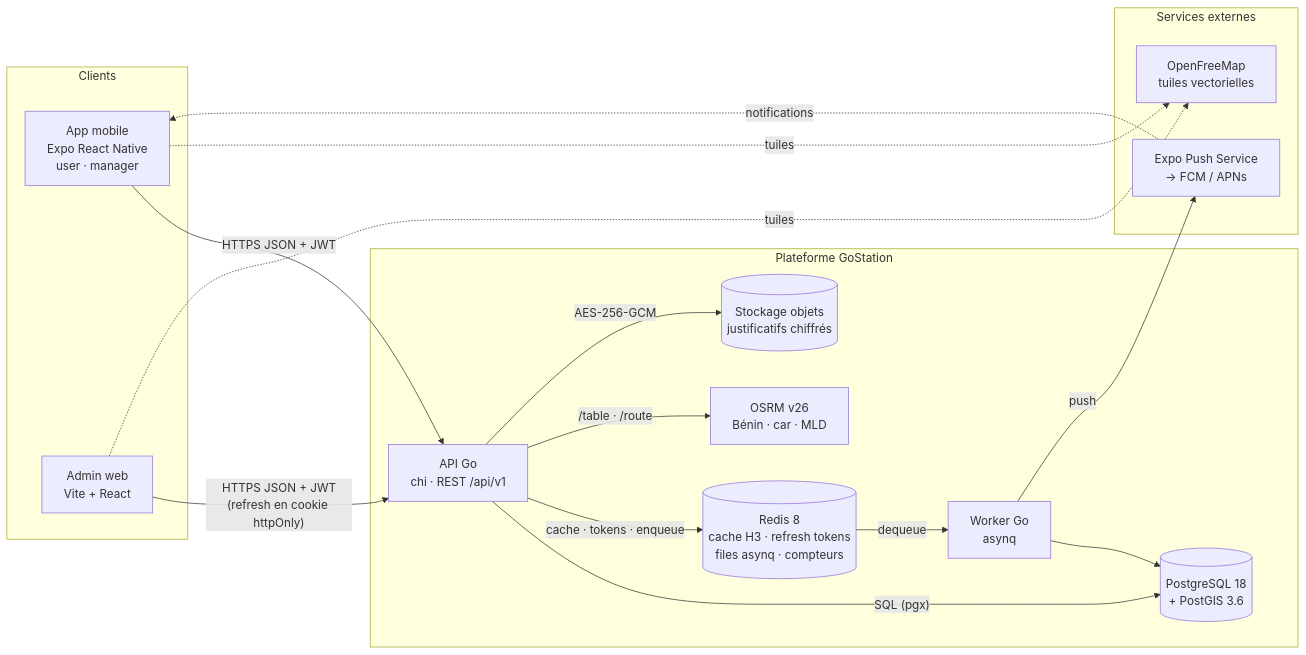
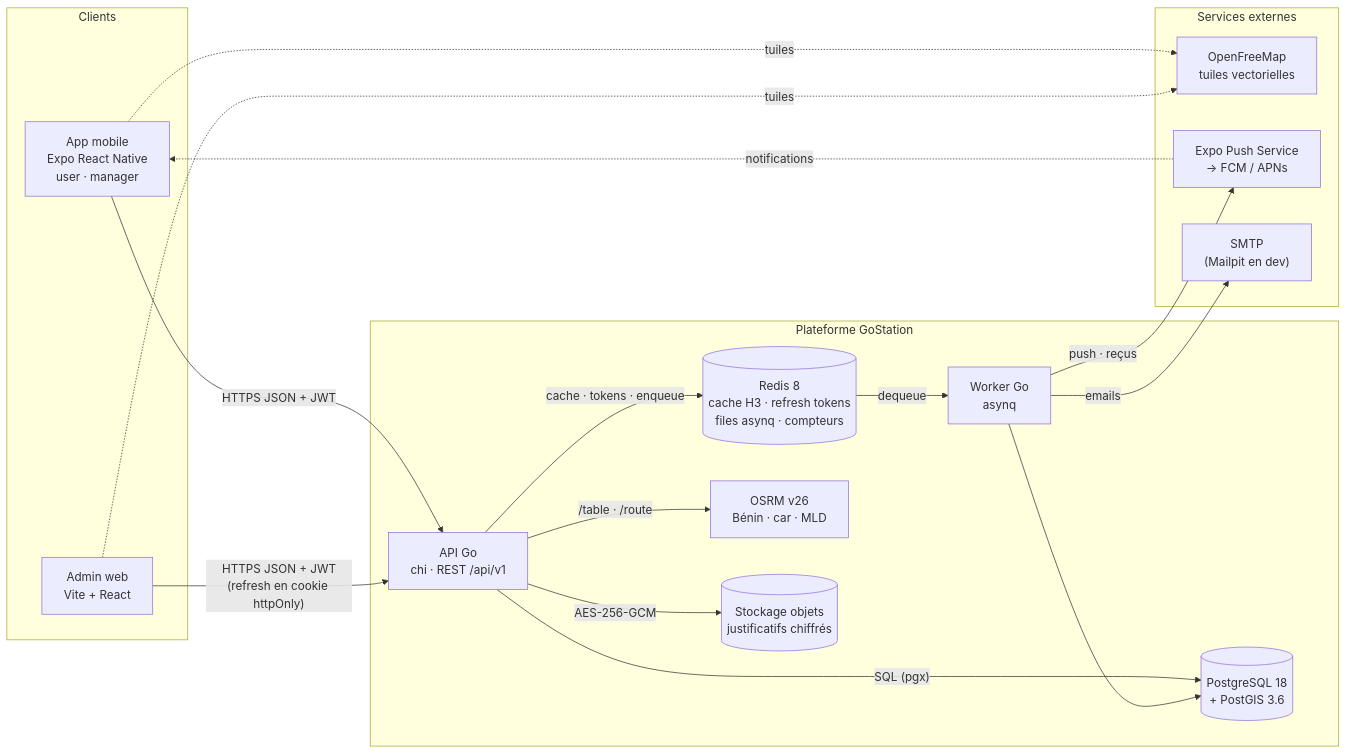
One commit to Hen17Ry/gostation changed the first of 5 diagrams in docs/ARCHITECTURE.md. Above: the diagram before and after it, drawn with Mermaid. The commit also changed other lines of this file and 71 other files, not shown here.

````diff
--- a/docs/ARCHITECTURE.md
+++ b/docs/ARCHITECTURE.md
@@ -12,36 +12,38 @@
 ```mermaid
 flowchart LR
   subgraph Clients
     MOB["App mobile<br/>Expo React Native<br/>user · manager"]
     WEB["Admin web<br/>Vite + React"]
   end
 
   subgraph Externes["Services externes"]
     OFM["OpenFreeMap<br/>tuiles vectorielles"]
     EXPO["Expo Push Service<br/>→ FCM / APNs"]
+    SMTP["SMTP<br/>(Mailpit en dev)"]
   end
 
   subgraph Plateforme["Plateforme GoStation"]
     API["API Go<br/>chi · REST /api/v1"]
     WRK["Worker Go<br/>asynq"]
     PG[("PostgreSQL 18<br/>+ PostGIS 3.6")]
     RDS[("Redis 8<br/>cache H3 · refresh tokens<br/>files asynq · compteurs")]
     OSRM["OSRM v26<br/>Bénin · car · MLD"]
     DOCS[("Stockage objets<br/>justificatifs chiffrés")]
   end
 
   MOB -- "HTTPS JSON + JWT" --> API
   WEB -- "HTTPS JSON + JWT<br/>(refresh en cookie httpOnly)" --> API
   MOB -. "tuiles" .-> OFM
   WEB -. "tuiles" .-> OFM
 
   API -- "SQL (pgx)" --> PG
   API -- "cache · tokens · enqueue" --> RDS
   API -- "/table · /route" --> OSRM
   API -- "AES-256-GCM" --> DOCS
 
   RDS -- "dequeue" --> WRK
   WRK --> PG
-  WRK -- "push" --> EXPO
+  WRK -- "push · reçus" --> EXPO
+  WRK -- "emails" --> SMTP
   EXPO -. "notifications" .-> MOB
 ```
````
